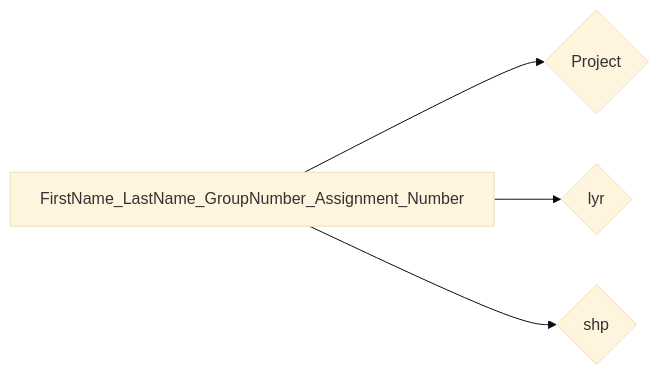
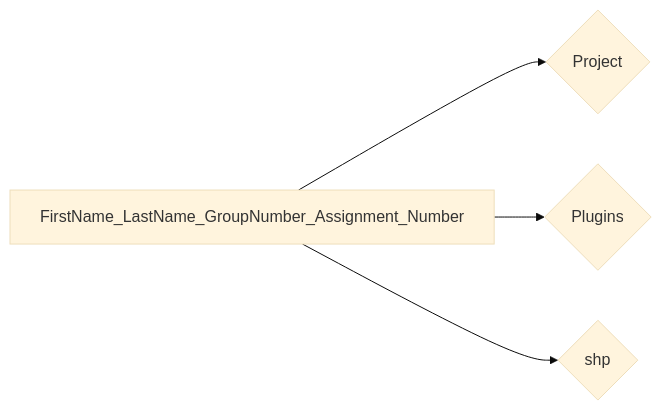
The diagram in docs/GIS_SKA/Lab/Digitization.md (ezdanapak/GTU-GIS), drawn with Mermaid (base theme) before and after one commit. The commit also changed other lines of this file and 4 other files, not shown here.

````diff
--- a/docs/GIS_SKA/Lab/Digitization.md
+++ b/docs/GIS_SKA/Lab/Digitization.md
@@ -66,6 +67,6 @@
 ```mermaid
 graph LR
   A[FirstName_LastName_GroupNumber_Assignment_Number] --> B{Project};
-  A[FirstName_LastName_GroupNumber_Assignment_Number] --> C{lyr};
+  A[FirstName_LastName_GroupNumber_Assignment_Number] --> C{Plugins};
   A[FirstName_LastName_GroupNumber_Assignment_Number] --> D{shp};
 ```
````
